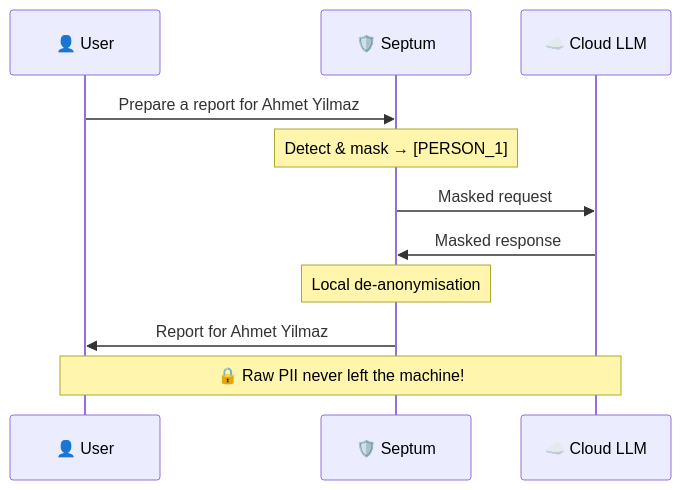
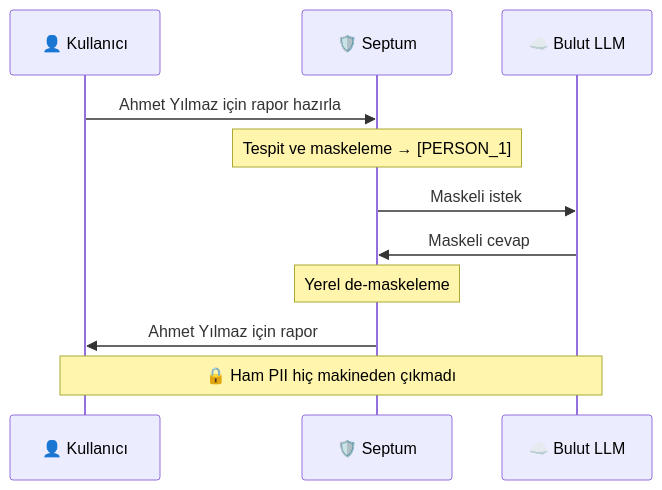
One commit to byerlikaya/Septum changed the first of 2 diagrams in README.tr.md. Above: the diagram before and after it, drawn with Mermaid. The commit also changed other lines of this file and 4 other files, not shown here.

````diff
--- a/README.tr.md
+++ b/README.tr.md
@@ -98,13 +82,13 @@
 ```mermaid
 sequenceDiagram
-    participant U as 👤 User
+    participant U as 👤 Kullanıcı
     participant S as 🛡️ Septum
-    participant L as ☁️ Cloud LLM
-    U->>S: Prepare a report for Ahmet Yilmaz
-    Note over S: Detect & mask → [PERSON_1]
-    S->>L: Masked request
-    L->>S: Masked response
-    Note over S: Local de-anonymisation
-    S->>U: Report for Ahmet Yilmaz
-    Note over U,L: 🔒 Raw PII never left the machine!
+    participant L as ☁️ Bulut LLM
+    U->>S: Ahmet Yılmaz için rapor hazırla
+    Note over S: Tespit ve maskeleme → [PERSON_1]
+    S->>L: Maskeli istek
+    L->>S: Maskeli cevap
+    Note over S: Yerel de-maskeleme
+    S->>U: Ahmet Yılmaz için rapor
+    Note over U,L: 🔒 Ham PII hiç makineden çıkmadı
 ```
````
